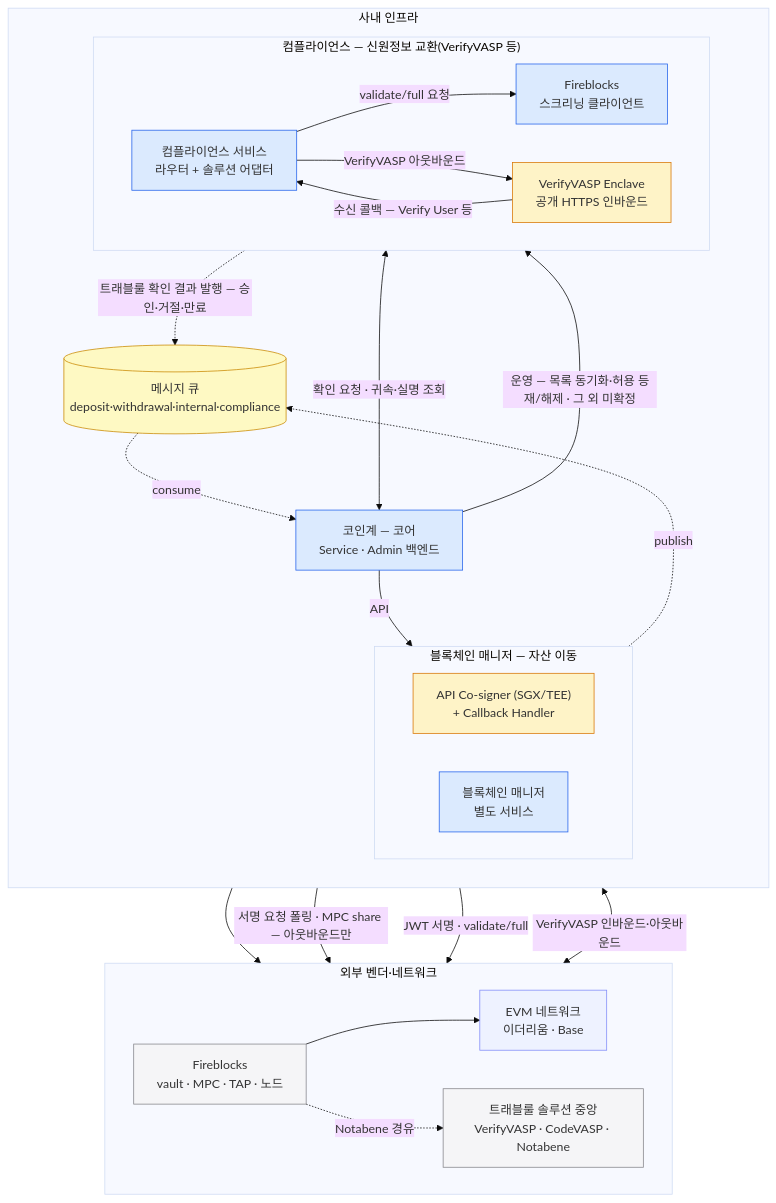
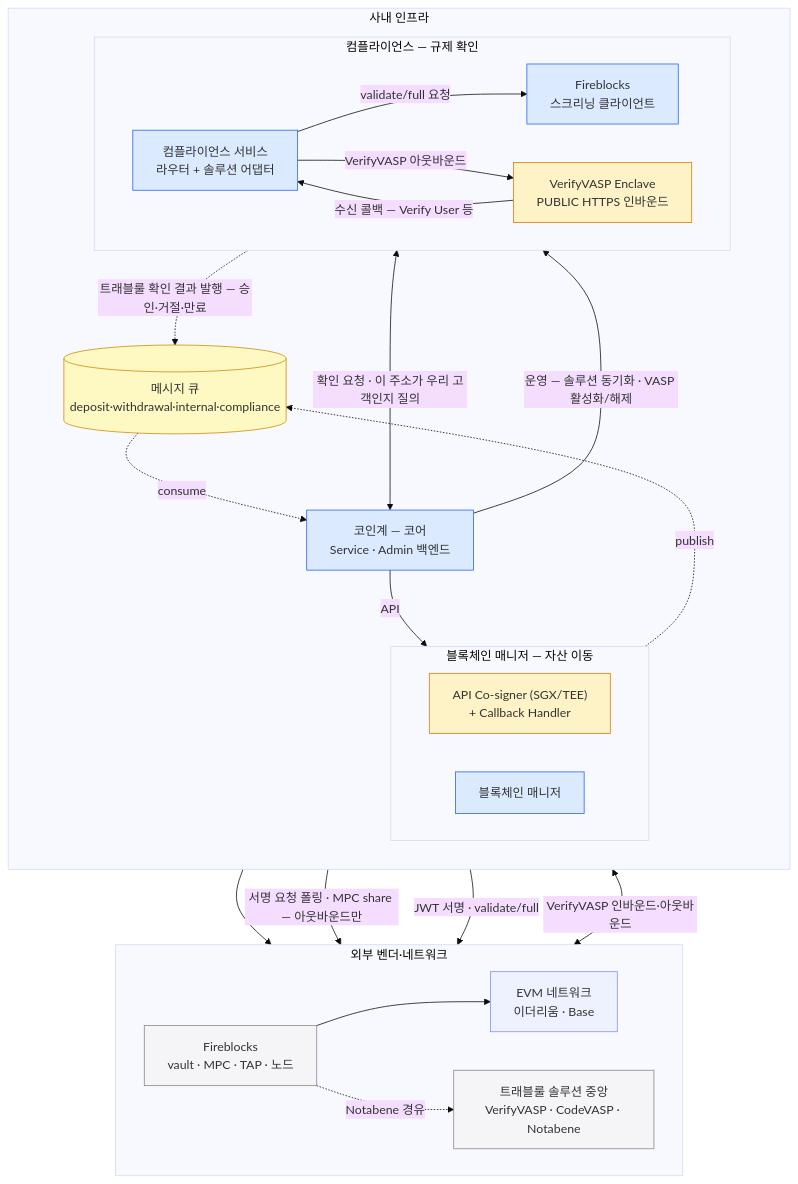
One commit to eunsujeo/eunpus changed the diagram in blockchain-manager/docs/온보딩/설계/00-overview.md. Above: the diagram before and after it, drawn with Mermaid (base theme). The commit also changed other lines of this file and 5 other files, not shown here.

First line of the commit message:
컴플라이언스 VASP — 코어 소유·명시적 온보딩 모델로 재편

````diff
--- a/blockchain-manager/docs/온보딩/설계/00-overview.md
+++ b/blockchain-manager/docs/온보딩/설계/00-overview.md
@@ -11,54 +11,54 @@
 ```mermaid
 flowchart TB
   subgraph OURS["사내 인프라"]
     direction TB
     CORE["코인계 — 코어<br/>Service · Admin 백엔드"]
     subgraph BMZ["블록체인 매니저 — 자산 이동"]
       direction LR
       COS["API Co-signer (SGX/TEE)<br/>+ Callback Handler"]
-      BM["블록체인 매니저<br/>별도 서비스"]
+      BM["블록체인 매니저"]
     end
     MQ[("메시지 큐<br/>deposit·withdrawal·internal·compliance")]
-    subgraph TRZ["컴플라이언스 — 신원정보 교환(VerifyVASP 등)"]
+    subgraph TRZ["컴플라이언스 — 규제 확인"]
       direction LR
       GATE["컴플라이언스 서비스<br/>라우터 + 솔루션 어댑터"]
       FBCLI["Fireblocks<br/>스크리닝 클라이언트"]
-      EN["VerifyVASP Enclave<br/>공개 HTTPS 인바운드"]
+      EN["VerifyVASP Enclave<br/>PUBLIC HTTPS 인바운드"]
     end
     CORE ~~~ MQ
   end
 
   subgraph EXTZ["외부 벤더·네트워크"]
     direction LR
     EVM["EVM 네트워크<br/>이더리움 · Base"]
     FB["Fireblocks<br/>vault · MPC · TAP · 노드"]
     TRNET["트래블룰 솔루션 중앙<br/>VerifyVASP · CodeVASP · Notabene"]
   end
 
   CORE -->|API| BM
   BM -.->|publish| MQ
   GATE -.->|트래블룰 확인 결과 발행 — 승인·거절·만료| MQ
   MQ -.->|consume| CORE
-  CORE <-->|확인 요청 · 귀속·실명 조회| GATE
-  CORE -->|운영 — 목록 동기화·허용 등재/해제 · 그 외 미확정| GATE
+  CORE <-->|확인 요청 · 이 주소가 우리 고객인지 질의| GATE
+  CORE -->|운영 — 솔루션 동기화 · VASP 활성화/해제| GATE
   GATE -->|validate/full 요청| FBCLI
   GATE -->|VerifyVASP 아웃바운드| EN
   EN -->|수신 콜백 — Verify User 등| GATE
   BM --> FB
   COS -->|서명 요청 폴링 · MPC share — 아웃바운드만| FB
   FBCLI -->|JWT 서명 · validate/full| FB
   FB --> EVM
   FB -.->|Notabene 경유| TRNET
   EN <-->|VerifyVASP 인바운드·아웃바운드| TRNET
 
   classDef ours fill:#dbeafe,stroke:#2563eb;
   classDef selfhost fill:#fef3c7,stroke:#d97706;
   classDef mq fill:#fef9c3,stroke:#ca8a04;
   classDef vendor fill:#f5f5f7,stroke:#86868b;
   classDef chain fill:#eef2ff,stroke:#818cf8;
   class CORE,BM,GATE,FBCLI ours
   class COS,EN selfhost
   class MQ mq
   class FB,TRNET vendor
   class EVM chain
 ```
````
